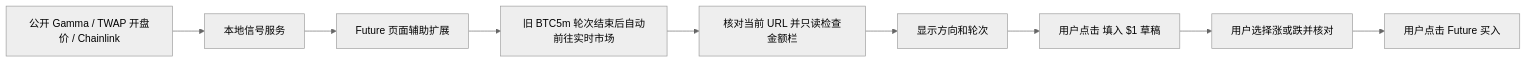
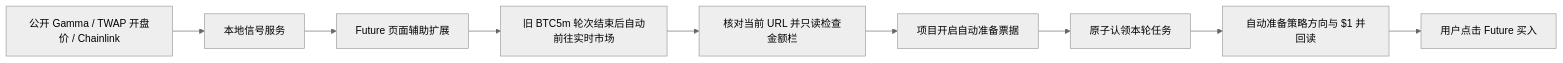
One commit to alex22222/PolyHermes changed the diagram in docs/future-btc5m-assistant.md. Above: the diagram before and after it, drawn with Mermaid (neutral theme). The commit also changed other lines of this file and 18 other files, not shown here.

````diff
--- a/docs/future-btc5m-assistant.md
+++ b/docs/future-btc5m-assistant.md
@@ -11,11 +11,11 @@
 ```mermaid
 flowchart LR
   A[公开 Gamma / TWAP 开盘价 / Chainlink] --> B[本地信号服务]
   B --> C[Future 页面辅助扩展]
   C --> N[旧 BTC5m 轮次结束后自动前往实时市场]
   N --> P[核对当前 URL 并只读检查金额栏]
-  P --> D[显示方向和轮次]
-  D --> E[用户点击 填入 $1 草稿]
-  E --> F[用户选择涨或跌并核对]
+  P --> D[项目开启自动准备票据]
+  D --> E[原子认领本轮任务]
+  E --> F[自动准备策略方向与 $1 并回读]
   F --> G[用户点击 Future 买入]
 ```
````
